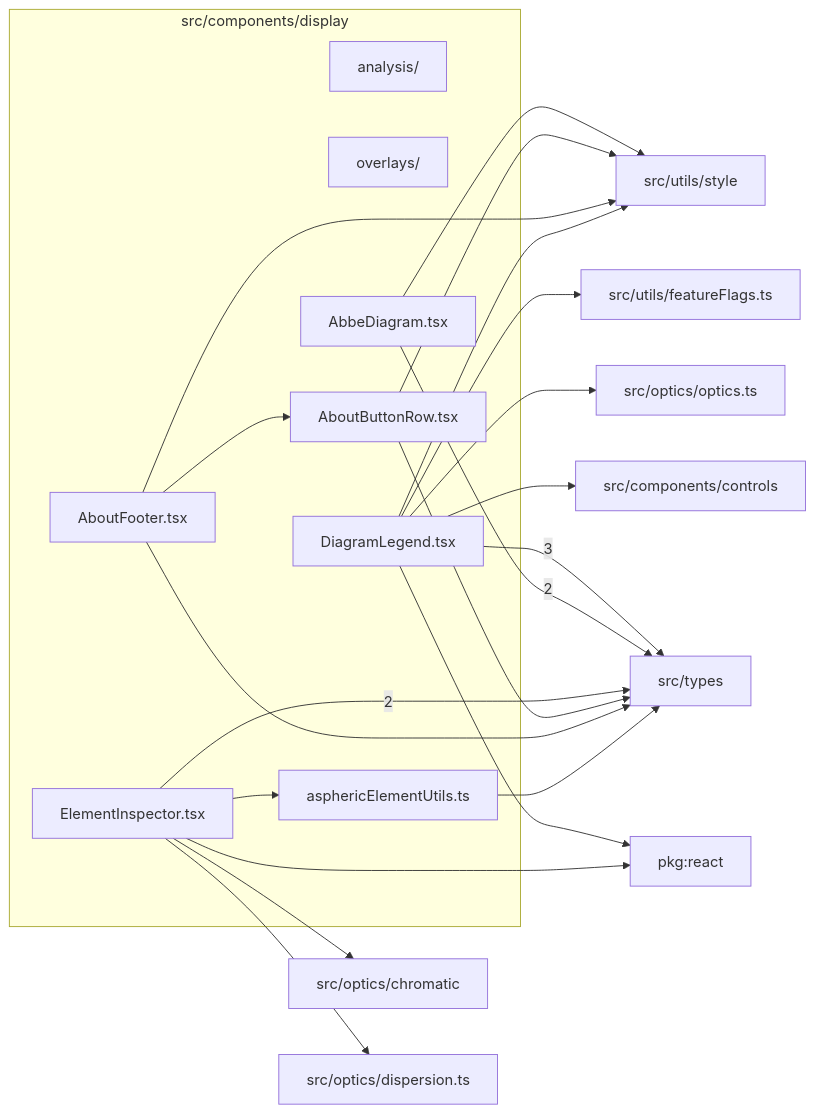
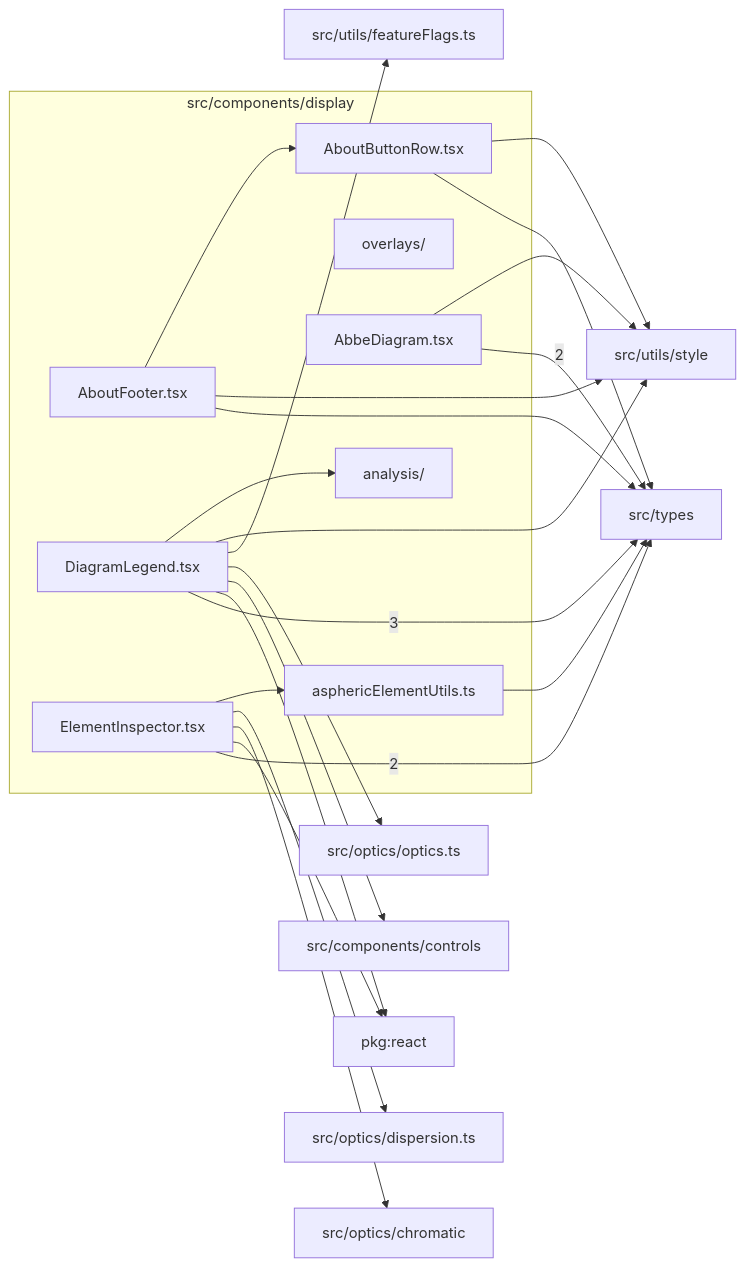
The diagram in src/components/display/readme.md (ronbuening/LensVisualizer), drawn with Mermaid before and after one commit. The commit also changed other lines of this file and 38 other files, not shown here.

````diff
--- a/src/components/display/readme.md
+++ b/src/components/display/readme.md
@@ -9,40 +9,41 @@
 ```mermaid
 flowchart LR
   subgraph n_src_components_display["src/components/display"]
     n_src_components_display_src_components_display_analysis["analysis/"]
     n_src_components_display_src_components_display_overlays["overlays/"]
     n_src_components_display_src_components_display_AbbeDiagram_tsx["AbbeDiagram.tsx"]
     n_src_components_display_src_components_display_AboutButtonRow_tsx["AboutButtonRow.tsx"]
     n_src_components_display_src_components_display_AboutFooter_tsx["AboutFooter.tsx"]
     n_src_components_display_src_components_display_asphericElementUtils_ts["asphericElementUtils.ts"]
     n_src_components_display_src_components_display_DiagramLegend_tsx["DiagramLegend.tsx"]
     n_src_components_display_src_components_display_ElementInspector_tsx["ElementInspector.tsx"]
   end
   n_external_src_types["src/types"]
   n_external_pkg_react["pkg:react"]
   n_external_src_components_controls["src/components/controls"]
   n_external_src_optics_chromatic["src/optics/chromatic"]
   n_external_src_optics_dispersion_ts["src/optics/dispersion.ts"]
   n_external_src_optics_optics_ts["src/optics/optics.ts"]
   n_external_src_utils_featureFlags_ts["src/utils/featureFlags.ts"]
   n_external_src_utils_style["src/utils/style"]
   n_src_components_display_src_components_display_DiagramLegend_tsx --> |3| n_external_src_types
   n_src_components_display_src_components_display_AbbeDiagram_tsx --> |2| n_external_src_types
   n_src_components_display_src_components_display_ElementInspector_tsx --> |2| n_external_src_types
   n_src_components_display_src_components_display_DiagramLegend_tsx --> n_external_pkg_react
   n_src_components_display_src_components_display_ElementInspector_tsx --> n_external_pkg_react
   n_src_components_display_src_components_display_DiagramLegend_tsx --> n_external_src_components_controls
   n_src_components_display_src_components_display_ElementInspector_tsx --> n_external_src_optics_chromatic
   n_src_components_display_src_components_display_ElementInspector_tsx --> n_external_src_optics_dispersion_ts
   n_src_components_display_src_components_display_DiagramLegend_tsx --> n_external_src_optics_optics_ts
   n_src_components_display_src_components_display_AboutButtonRow_tsx --> n_external_src_types
   n_src_components_display_src_components_display_AboutFooter_tsx --> n_external_src_types
   n_src_components_display_src_components_display_asphericElementUtils_ts --> n_external_src_types
   n_src_components_display_src_components_display_DiagramLegend_tsx --> n_external_src_utils_featureFlags_ts
   n_src_components_display_src_components_display_AbbeDiagram_tsx --> n_external_src_utils_style
   n_src_components_display_src_components_display_AboutButtonRow_tsx --> n_external_src_utils_style
   n_src_components_display_src_components_display_AboutFooter_tsx --> n_external_src_utils_style
   n_src_components_display_src_components_display_DiagramLegend_tsx --> n_external_src_utils_style
   n_src_components_display_src_components_display_AboutFooter_tsx --> n_src_components_display_src_components_display_AboutButtonRow_tsx
+  n_src_components_display_src_components_display_DiagramLegend_tsx --> n_src_components_display_src_components_display_analysis
   n_src_components_display_src_components_display_ElementInspector_tsx --> n_src_components_display_src_components_display_asphericElementUtils_ts
 ```
````
